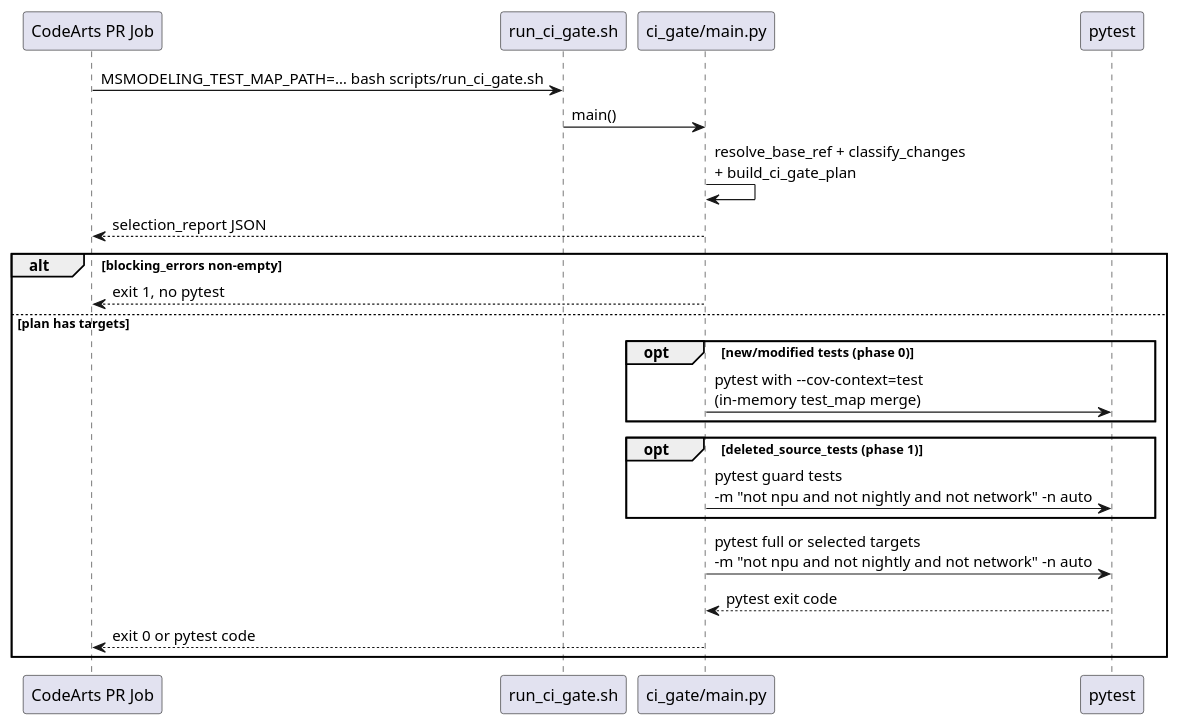
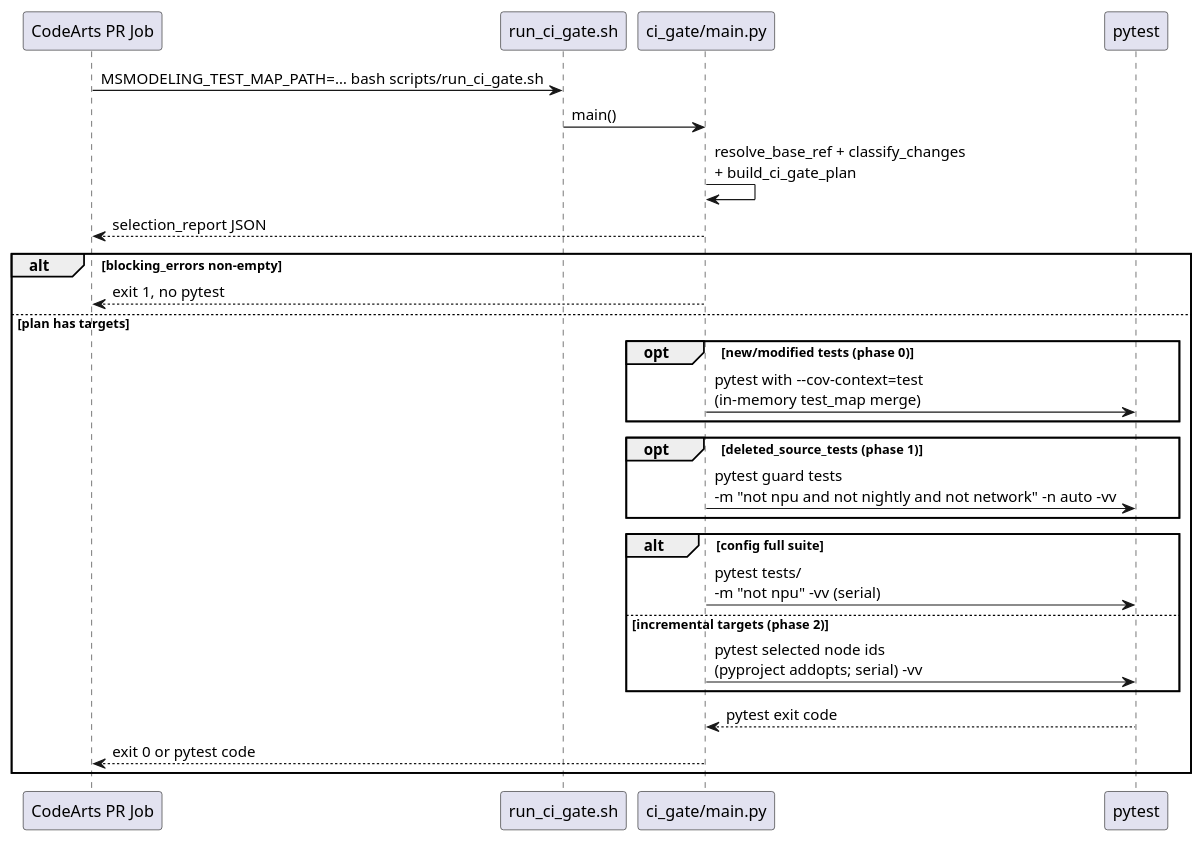
The second of 4 diagrams in docs/design/ut_refactor.md (Ascend/msmodeling), drawn with PlantUML before and after one commit. The commit also changed other lines of this file and 42 other files, not shown here.

First paragraph of the commit message:
【FIX】CI Gate 增量门禁加固：test_map 漏检修复、pytest 策略与 node 级豁免

````diff
--- a/docs/design/ut_refactor.md
+++ b/docs/design/ut_refactor.md
@@ -277,28 +288,32 @@
 ```plantuml
 @startuml
 skinparam shadowing false
 participant "CodeArts PR Job" as job
 participant "run_ci_gate.sh" as sh
 participant "ci_gate/main.py" as cg
 participant "pytest" as py
 
 job -> sh : MSMODELING_TEST_MAP_PATH=… bash scripts/run_ci_gate.sh
 sh -> cg : main()
 cg -> cg : resolve_base_ref + classify_changes\n+ build_ci_gate_plan
 cg --> job : selection_report JSON
 
 alt blocking_errors non-empty
   cg --> job : exit 1, no pytest
 else plan has targets
   opt new/modified tests (phase 0)
     cg -> py : pytest with --cov-context=test\n(in-memory test_map merge)
   end
   opt deleted_source_tests (phase 1)
-    cg -> py : pytest guard tests\n-m "not npu and not nightly and not network" -n auto
+    cg -> py : pytest guard tests\n-m "not npu and not nightly and not network" -n auto -vv
   end
-  cg -> py : pytest full or selected targets\n-m "not npu and not nightly and not network" -n auto
+  alt config full suite
+    cg -> py : pytest tests/\n-m "not npu" -vv (serial)
+  else incremental targets (phase 2)
+    cg -> py : pytest selected node ids\n(pyproject addopts; serial) -vv
+  end
   py --> cg : pytest exit code
   cg --> job : exit 0 or pytest code
 end
 @enduml
 ```
````
